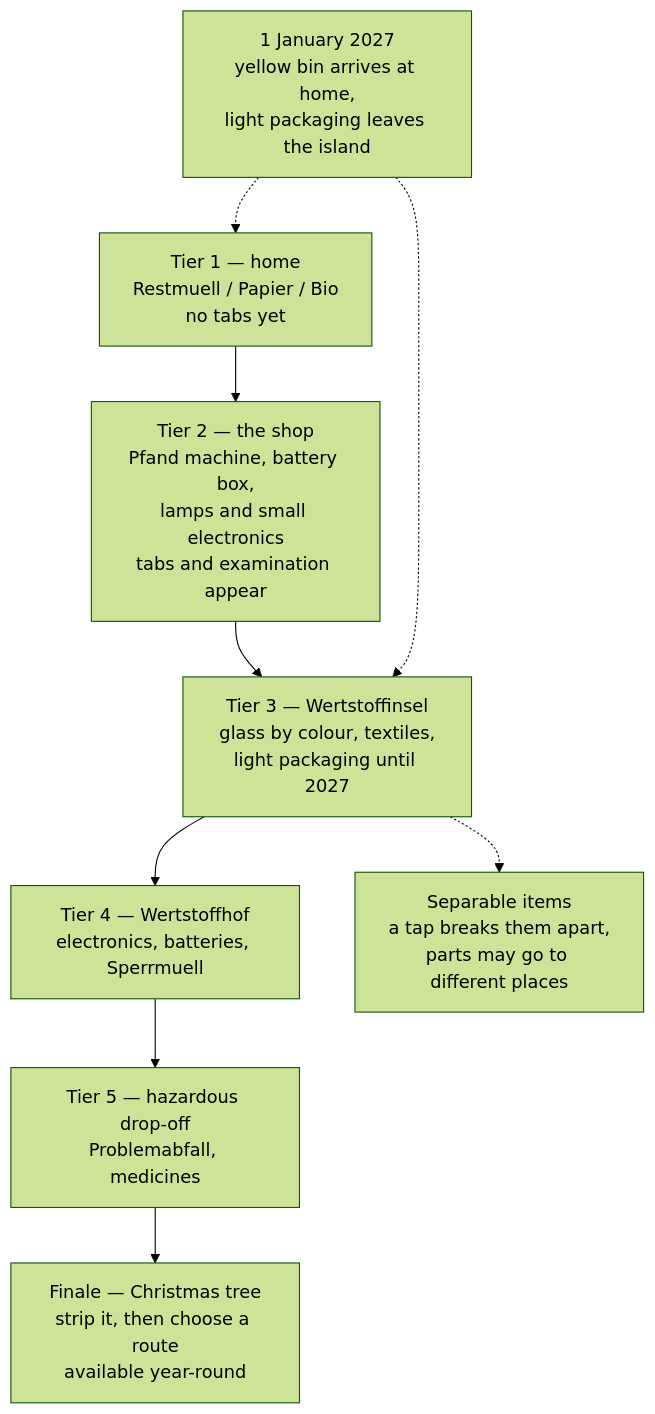
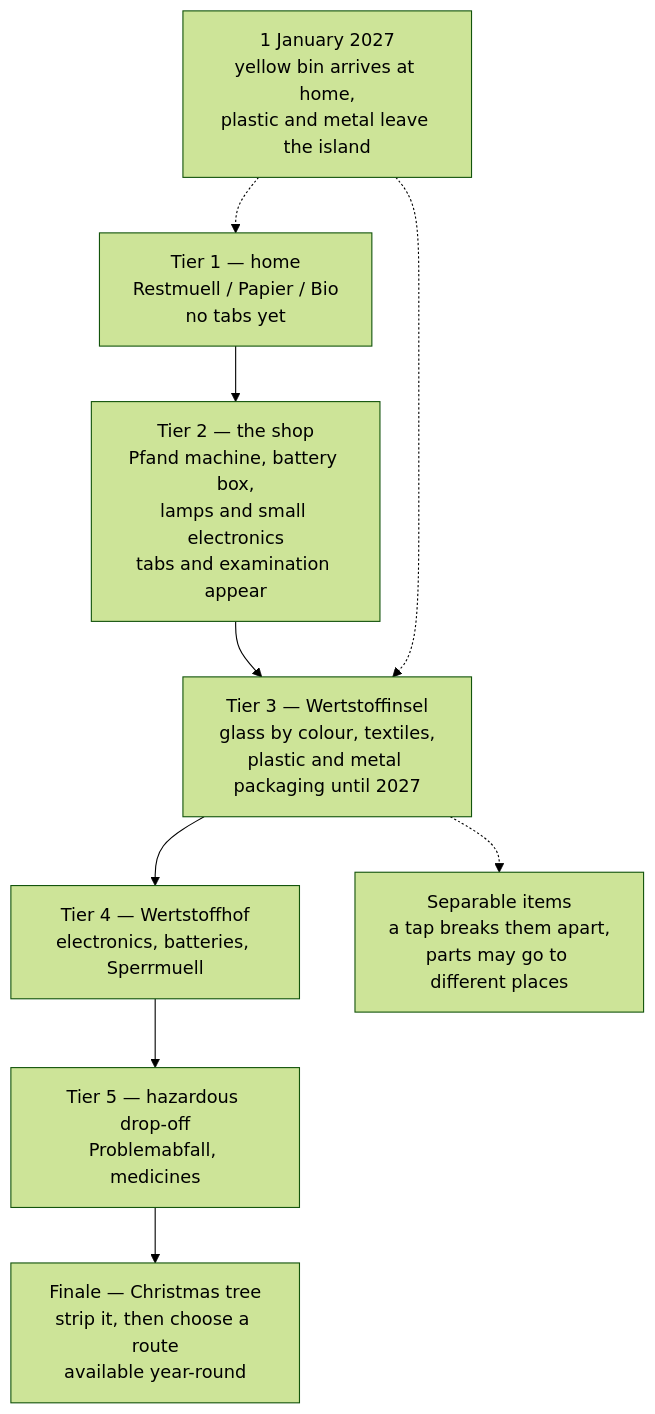
Before and after one commit to serhuey/munich-waste-sorting-game: the first of 2 diagrams in docs/SPEC.md, drawn with Mermaid (forest theme). The commit also changed other lines of this file and 4 other files, not shown here.

````diff
--- a/docs/SPEC.md
+++ b/docs/SPEC.md
@@ -106,15 +106,15 @@
 ```mermaid
 flowchart TB
   P1["Tier 1 — home<br/>Restmuell / Papier / Bio<br/>no tabs yet"]
   P2["Tier 2 — the shop<br/>Pfand machine, battery box,<br/>lamps and small electronics<br/>tabs and examination appear"]
-  P3["Tier 3 — Wertstoffinsel<br/>glass by colour, textiles,<br/>light packaging until 2027"]
+  P3["Tier 3 — Wertstoffinsel<br/>glass by colour, textiles,<br/>plastic and metal packaging until 2027"]
   P4["Tier 4 — Wertstoffhof<br/>electronics, batteries, Sperrmuell"]
   P5["Tier 5 — hazardous drop-off<br/>Problemabfall, medicines"]
   TREE["Finale — Christmas tree<br/>strip it, then choose a route<br/>available year-round"]
   P1 --> P2 --> P3 --> P4 --> P5 --> TREE
   SPLIT["Separable items<br/>a tap breaks them apart,<br/>parts may go to different places"]
   P3 -.-> SPLIT
-  SWITCH["1 January 2027<br/>yellow bin arrives at home,<br/>light packaging leaves the island"]
+  SWITCH["1 January 2027<br/>yellow bin arrives at home,<br/>plastic and metal leave the island"]
   SWITCH -.-> P1
   SWITCH -.-> P3
 ```
````
